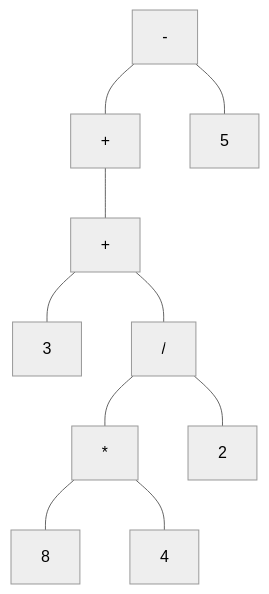
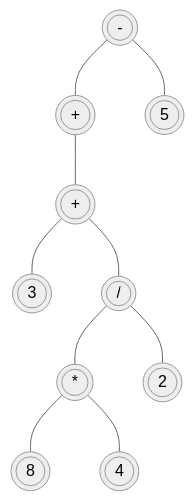
One commit to haytham2597/SSL changed the diagram in 02-Automatas/README.md. Above: the diagram before and after it, drawn with Mermaid (neutral theme).

````diff
--- a/02-Automatas/README.md
+++ b/02-Automatas/README.md
@@ -170,12 +170,12 @@
 ```mermaid
 flowchart TD
-    	A[-] --- B[+];
-	A --- C[5];
-	B --- D[+];
-	D --- E[3];
-	D --- F["/"];
-	F --- G[*];
-	F --- H[2];
-    	G --- I[8];
-    	G --- J[4];
+    	A((("-"))) --- B((("+")));
+	A --- C(((5)));
+	B --- D((("+")));
+	D --- E(((3)));
+	D --- F((("/")));
+	F --- G((("*")));
+	F --- H(((2)));
+    	G --- I(((8)));
+    	G --- J(((4)));
 ```
````
